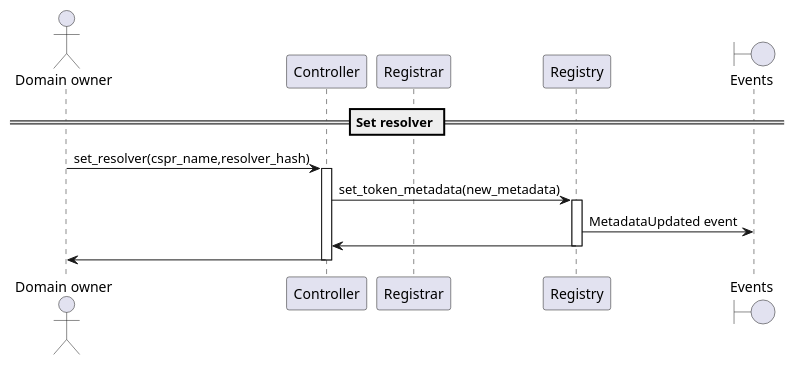
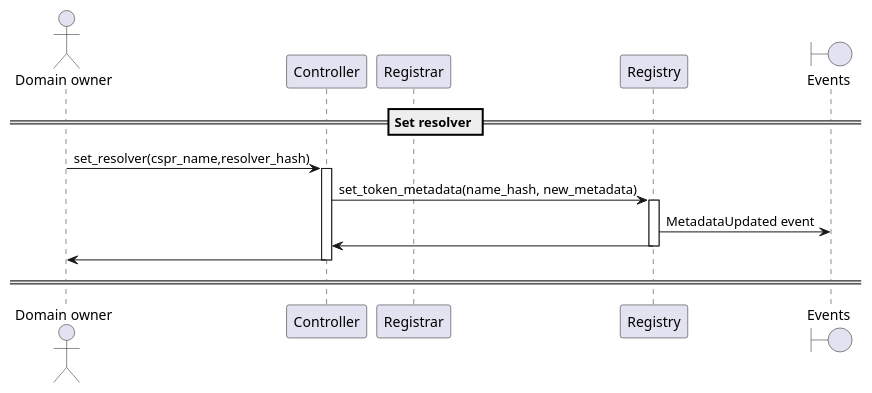
The diagram in docs/sequence-diagrams/puml/set-resolver.puml (make-software/cspr-name-contracts), drawn with PlantUML before and after one commit. The commit also changed 22 other files, not shown here.

Commit message:
few text fixes. new diagram for can_transfer() filter contract logic

```diff
--- a/docs/sequence-diagrams/puml/set-resolver.puml
+++ b/docs/sequence-diagrams/puml/set-resolver.puml
@@ -1,23 +1,26 @@
 @startuml
 'https://plantuml.com/sequence-diagram
 
 'autonumber
 actor "Domain owner"
 participant "Controller"
 participant "Registrar"
 participant "Registry"
 boundary "Events"
 
 == Set resolver ==
 
 "Domain owner" -> Controller: set_resolver(cspr_name,resolver_hash)
 activate Controller
 
-Controller -> Registry: set_token_metadata(new_metadata)
+Controller -> Registry: set_token_metadata(name_hash, new_metadata)
 activate Registry
 Registry -> "Events": MetadataUpdated event
 Registry -> Controller
 deactivate Registry
 Controller -> "Domain owner"
 deactivate Controller
+
+== ==
+
 @enduml
```
